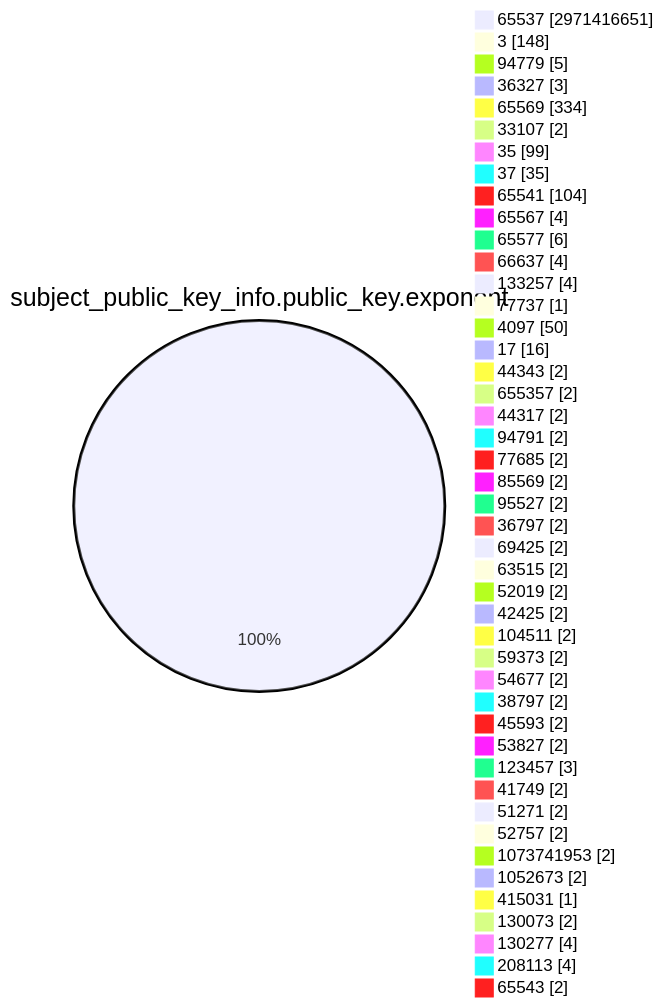
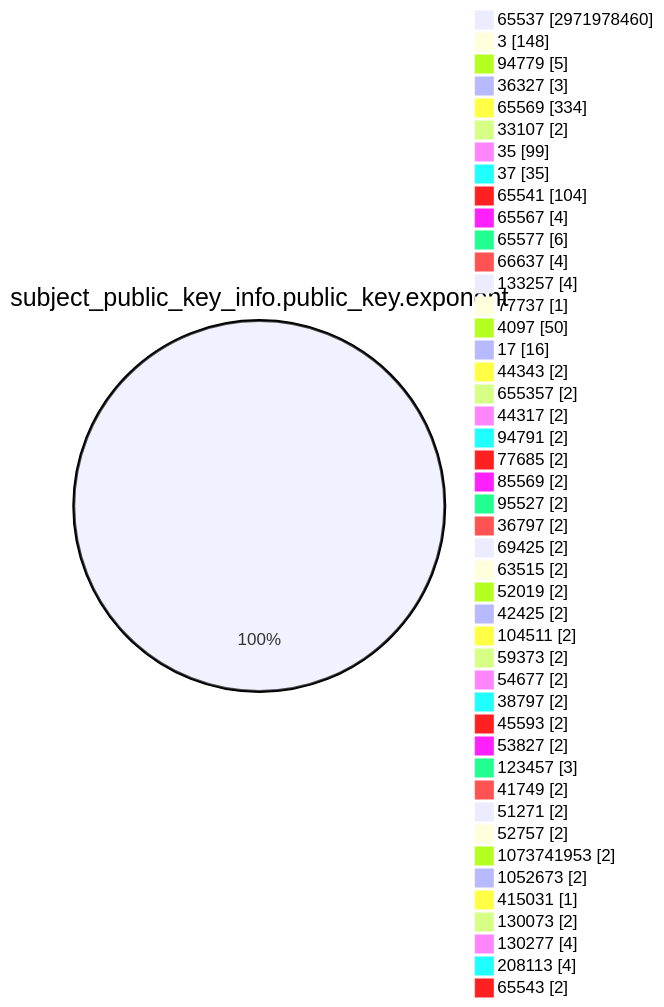
The fourth of 15 diagrams in TOTAL/README.md (christiankrug/ctmonitor_visualization), drawn with Mermaid before and after one commit. The commit also changed other lines of this file, not shown here.

````diff
--- a/TOTAL/README.md
+++ b/TOTAL/README.md
@@ -1471,49 +1471,49 @@
 ```mermaid
 pie showData
 title subject_public_key_info.public_key.exponent
-"65537" :2971416651
+"65537" :2971978460
 "3" :148
 "94779" :5
 "36327" :3
 "65569" :334
 "33107" :2
 "35" :99
 "37" :35
 "65541" :104
 "65567" :4
 "65577" :6
 "66637" :4
 "133257" :4
 "77737" :1
 "4097" :50
 "17" :16
 "44343" :2
 "655357" :2
 "44317" :2
 "94791" :2
 "77685" :2
 "85569" :2
 "95527" :2
 "36797" :2
 "69425" :2
 "63515" :2
 "52019" :2
 "42425" :2
 "104511" :2
 "59373" :2
 "54677" :2
 "38797" :2
 "45593" :2
 "53827" :2
 "123457" :3
 "41749" :2
 "51271" :2
 "52757" :2
 "1073741953" :2
 "1052673" :2
 "415031" :1
 "130073" :2
 "130277" :4
 "208113" :4
 "65543" :2
 ```
````
